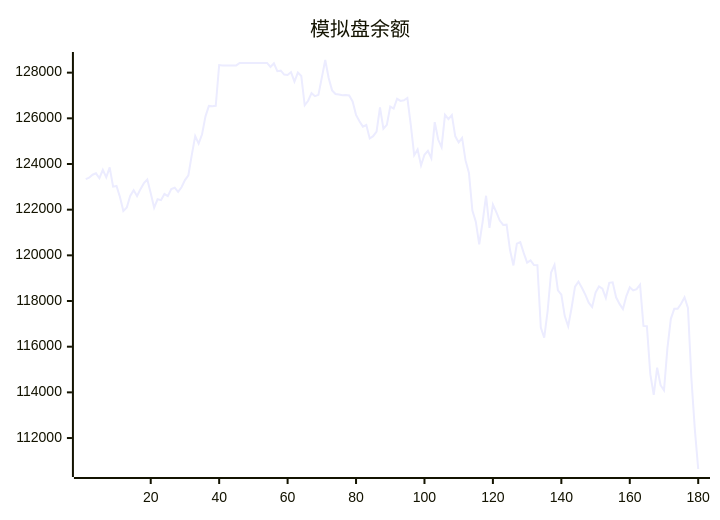
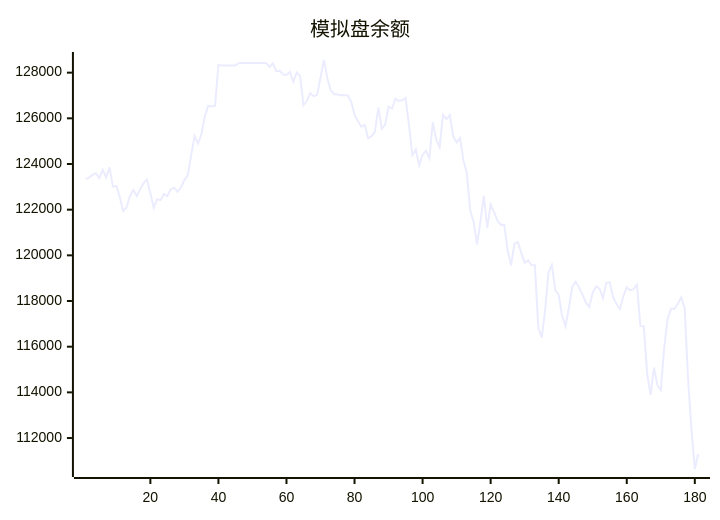
Before and after one commit to aahl/ai-trading: the diagram in README.md, drawn with Mermaid. The commit also changed other lines of this file and 1 other file, not shown here.

````diff
--- a/README.md
+++ b/README.md
@@ -5,5 +5,5 @@
 ```mermaid
 xychart
     title "模拟盘余额"
-    line [123338,123402,123530,123592,123378,123745,123413,123853,123009,123040,122557,121938,122095,122599,122856,122597,122898,123160,123319,122719,122087,122454,122416,122685,122592,122907,122961,122776,122981,123295,123507,124403,125224,124894,125303,126088,126544,126534,126549,128335,128318,128318,128318,128318,128318,128424,128424,128424,128424,128424,128424,128424,128424,128424,128247,128412,128062,128087,127917,127901,128026,127611,128000,127850,126572,126770,127100,126971,127029,127783,128554,127765,127224,127064,127044,127009,127025,127004,126738,126152,125871,125635,125707,125117,125217,125420,126480,125545,125715,126511,126424,126856,126764,126788,126890,125710,124381,124632,123936,124402,124574,124256,125833,125070,124739,126154,125966,126145,125213,124943,125143,124157,123604,121959,121476,120476,121470,122610,121201,122221,121889,121522,121332,121344,120232,119559,120513,120577,120108,119680,119777,119572,119568,116839,116392,117573,119250,119585,118469,118277,117338,116897,117706,118628,118849,118579,118280,117926,117735,118373,118639,118544,118136,118798,118819,118162,117874,117649,118215,118601,118463,118517,118713,116911,116899,114798,113887,115084,114313,114091,115934,117221,117658,117658,117883,118164,117693,114632,112403,110644]
+    line [123338,123402,123530,123592,123378,123745,123413,123853,123009,123040,122557,121938,122095,122599,122856,122597,122898,123160,123319,122719,122087,122454,122416,122685,122592,122907,122961,122776,122981,123295,123507,124403,125224,124894,125303,126088,126544,126534,126549,128335,128318,128318,128318,128318,128318,128424,128424,128424,128424,128424,128424,128424,128424,128424,128247,128412,128062,128087,127917,127901,128026,127611,128000,127850,126572,126770,127100,126971,127029,127783,128554,127765,127224,127064,127044,127009,127025,127004,126738,126152,125871,125635,125707,125117,125217,125420,126480,125545,125715,126511,126424,126856,126764,126788,126890,125710,124381,124632,123936,124402,124574,124256,125833,125070,124739,126154,125966,126145,125213,124943,125143,124157,123604,121959,121476,120476,121470,122610,121201,122221,121889,121522,121332,121344,120232,119559,120513,120577,120108,119680,119777,119572,119568,116839,116392,117573,119250,119585,118469,118277,117338,116897,117706,118628,118849,118579,118280,117926,117735,118373,118639,118544,118136,118798,118819,118162,117874,117649,118215,118601,118463,118517,118713,116911,116899,114798,113887,115084,114313,114091,115934,117221,117658,117658,117883,118164,117693,114632,112403,110644,111313]
 ```
````
